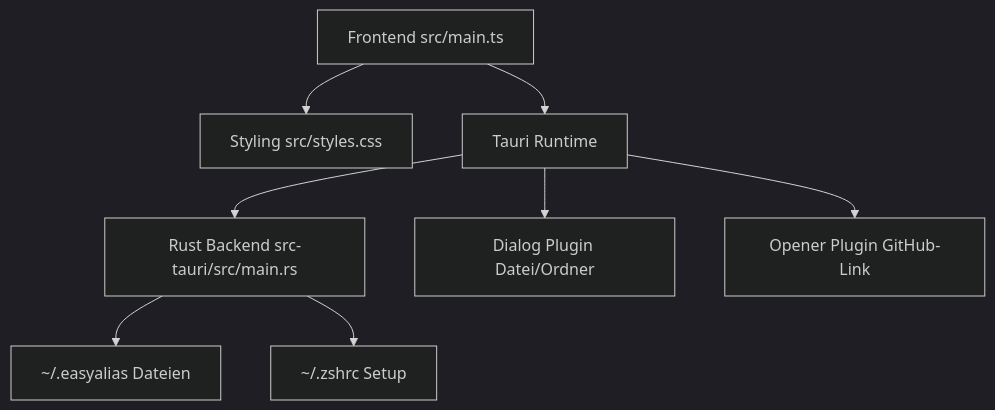
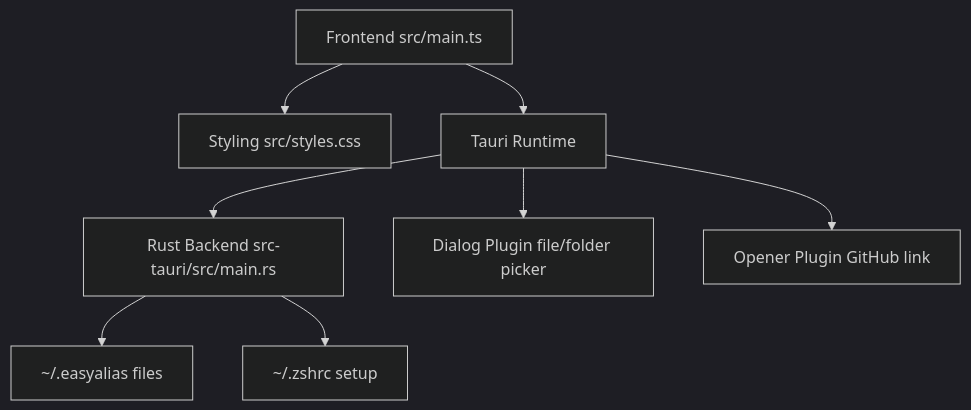
Before and after one commit to hannesgnann-hub/easyalias: the first of 7 diagrams in mac_src/docs/ARCHITECTURE.md, drawn with Mermaid (dark theme). The commit also changed other lines of this file and 2 other files, not shown here.

````diff
--- a/mac_src/docs/ARCHITECTURE.md
+++ b/mac_src/docs/ARCHITECTURE.md
@@ -19,19 +19,19 @@
 ```mermaid
 flowchart TB
   UI["Frontend src/main.ts"]
   CSS["Styling src/styles.css"]
   Tauri["Tauri Runtime"]
   Rust["Rust Backend src-tauri/src/main.rs"]
-  Dialog["Dialog Plugin Datei/Ordner"]
-  Opener["Opener Plugin GitHub-Link"]
-  Files["~/.easyalias Dateien"]
-  Zshrc["~/.zshrc Setup"]
+  Dialog["Dialog Plugin file/folder picker"]
+  Opener["Opener Plugin GitHub link"]
+  Files["~/.easyalias files"]
+  Zshrc["~/.zshrc setup"]
 
   UI --> CSS
   UI --> Tauri
   Tauri --> Rust
   Tauri --> Dialog
   Tauri --> Opener
   Rust --> Files
   Rust --> Zshrc
 ```
````
